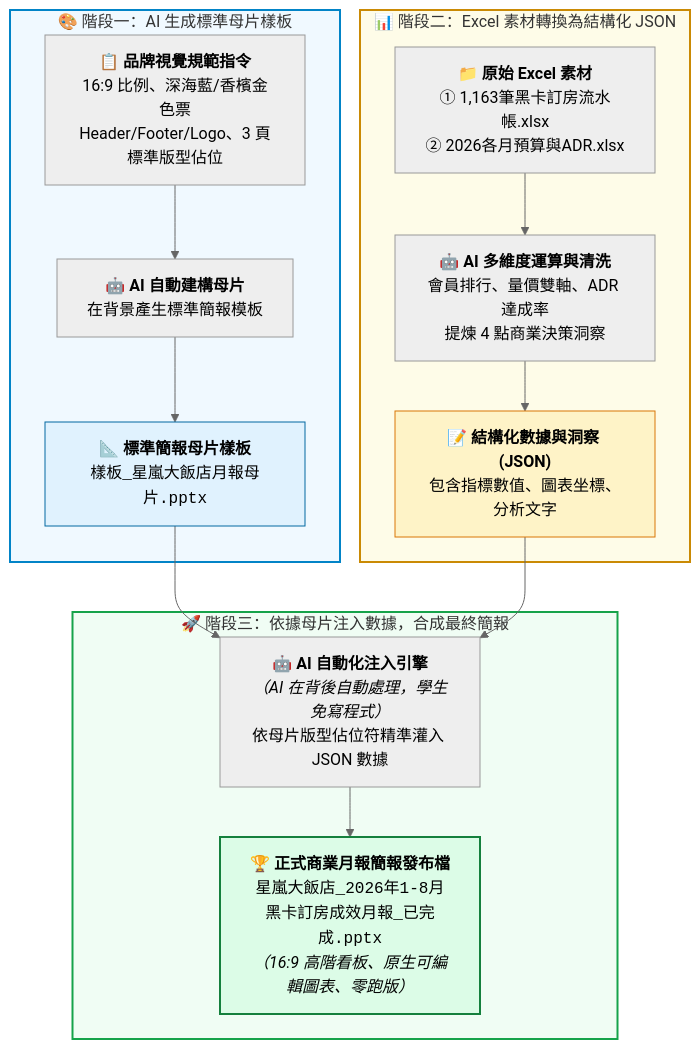
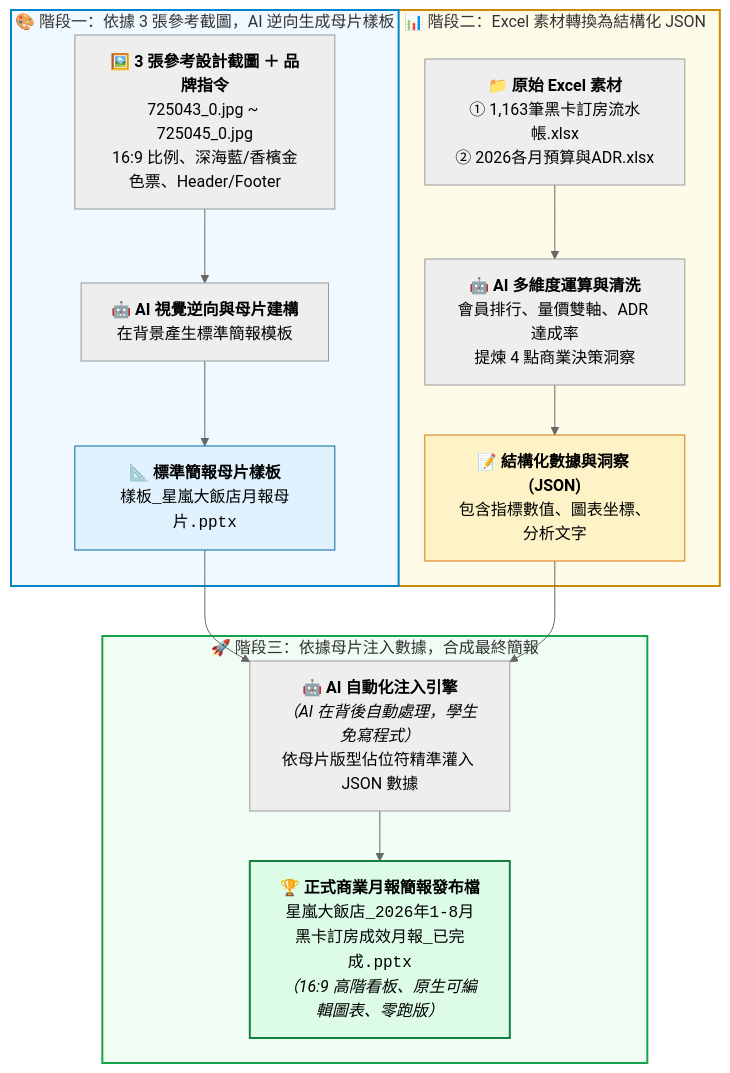
Before and after one commit to roberthsu2003/workflow-productivity: the diagram in 常見的AI應用/實戰範例/訂房月報統計與 PPT 自動化/8-3_生成星嵐月報PPT發布檔提示詞.md, drawn with Mermaid (neutral theme). The commit also changed other lines of this file and 1 other file, not shown here.

````diff
--- a/常見的AI應用/實戰範例/訂房月報統計與 PPT 自動化/8-3_生成星嵐月報PPT發布檔提示詞.md
+++ b/常見的AI應用/實戰範例/訂房月報統計與 PPT 自動化/8-3_生成星嵐月報PPT發布檔提示詞.md
@@ -14,31 +14,31 @@
 ```mermaid
 flowchart TD
-    subgraph Phase1 ["🎨 階段一：AI 生成標準母片樣板"]
-        DesignReq["📋 <b>品牌視覺規範指令</b><br/>16:9 比例、深海藍/香檳金色票<br/>Header/Footer/Logo、3 頁標準版型佔位"]
-        AIGenTemplate["🤖 <b>AI 自動建構母片</b><br/>在背景產生標準簡報模板"]
+    subgraph Phase1 ["🎨 階段一：依據 3 張參考截圖，AI 逆向生成母片樣板"]
+        DesignReq["🖼️ <b>3 張參考設計截圖 ＋ 品牌指令</b><br/>725043_0.jpg ~ 725045_0.jpg<br/>16:9 比例、深海藍/香檳金色票、Header/Footer"]
+        AIGenTemplate["🤖 <b>AI 視覺逆向與母片建構</b><br/>在背景產生標準簡報模板"]
         TemplateFile["📐 <b>標準簡報母片樣板</b><br/><code>樣板_星嵐大飯店月報母片.pptx</code>"]
         DesignReq --> AIGenTemplate --> TemplateFile
     end
 
     subgraph Phase2 ["📊 階段二：Excel 素材轉換為結構化 JSON"]
         ExcelFiles["📁 <b>原始 Excel 素材</b><br/>① 1,163筆黑卡訂房流水帳.xlsx<br/>② 2026各月預算與ADR.xlsx"]
         AIParse["🤖 <b>AI 多維度運算與清洗</b><br/>會員排行、量價雙軸、ADR 達成率<br/>提煉 4 點商業決策洞察"]
         JSONData["📝 <b>結構化數據與洞察 (JSON)</b><br/>包含指標數值、圖表坐標、分析文字"]
         ExcelFiles --> AIParse --> JSONData
     end
 
     subgraph Phase3 ["🚀 階段三：依據母片注入數據，合成最終簡報"]
         MergeEngine["🤖 <b>AI 自動化注入引擎</b><br/><i>（AI 在背後自動處理，學生免寫程式）</i><br/>依母片版型佔位符精準灌入 JSON 數據"]
         FinalPPT["🏆 <b>正式商業月報簡報發布檔</b><br/><code>星嵐大飯店_2026年1-8月黑卡訂房成效月報_已完成.pptx</code><br/><i>（16:9 高階看板、原生可編輯圖表、零跑版）</i>"]
         TemplateFile --> MergeEngine
         JSONData --> MergeEngine
         MergeEngine --> FinalPPT
     end
 
     style Phase1 fill:#f0f9ff,stroke:#0284c7,stroke-width:2px
     style Phase2 fill:#fefce8,stroke:#ca8a04,stroke-width:2px
     style Phase3 fill:#f0fdf4,stroke:#16a34a,stroke-width:2px
     style TemplateFile fill:#e0f2fe,stroke:#0369a1,stroke-width:1px
     style JSONData fill:#fef3c7,stroke:#d97706,stroke-width:1px
     style FinalPPT fill:#dcfce7,stroke:#15803d,stroke-width:2px
 ```
````
